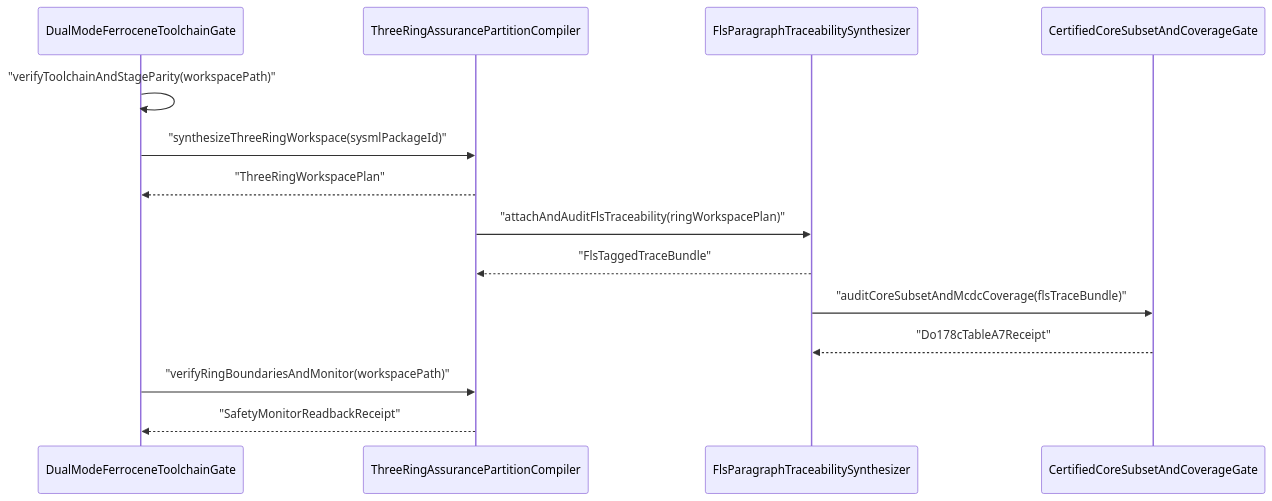
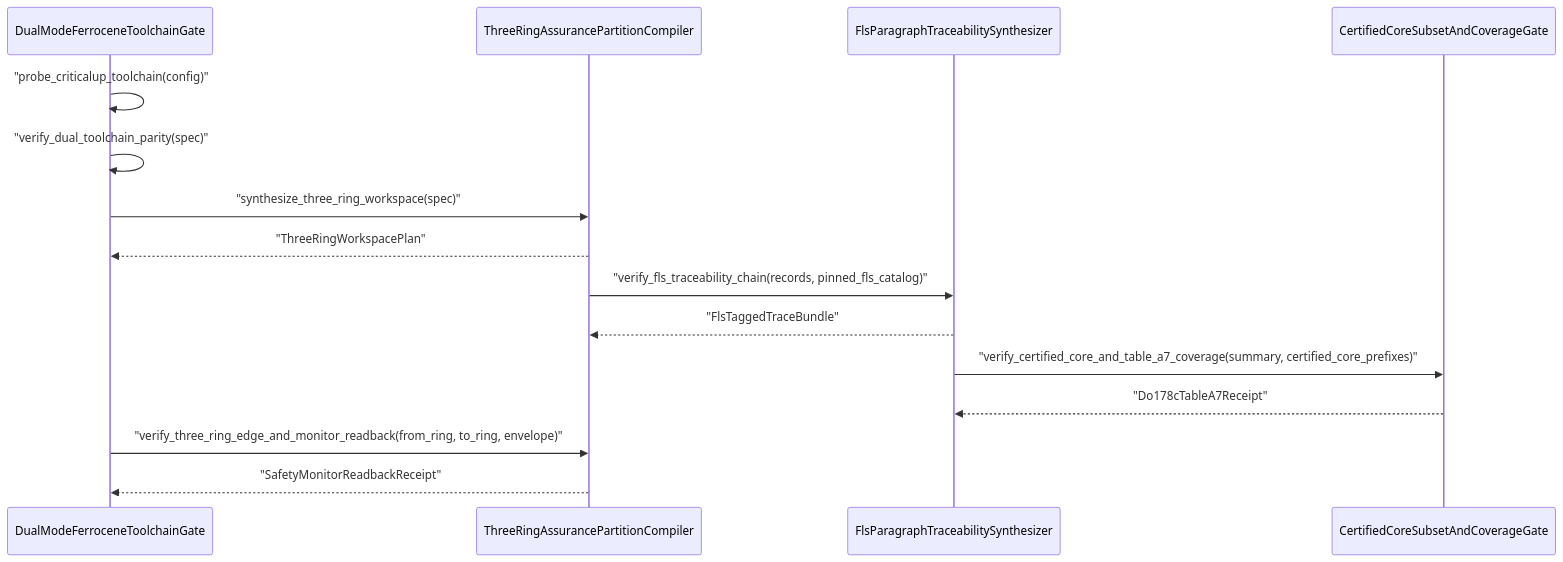
The fourth of 4 diagrams in docs/designs/blueprint-11-ferrocene-do178c-do330-3ring-certification-architecture.md (gintatkinson/DEAP01-spec-core), drawn with Mermaid before and after one commit. The commit also changed other lines of this file and 2 other files, not shown here.

Commit message:
docs(blueprints): refactor BP-11 onto multi-platform Ferrocene 3-Ring certification architecture

````diff
--- a/docs/designs/blueprint-11-ferrocene-do178c-do330-3ring-certification-architecture.md
+++ b/docs/designs/blueprint-11-ferrocene-do178c-do330-3ring-certification-architecture.md
@@ -165,17 +170,18 @@
 ```mermaid
 sequenceDiagram
     participant DualModeFerroceneToolchainGate
     participant ThreeRingAssurancePartitionCompiler
     participant FlsParagraphTraceabilitySynthesizer
     participant CertifiedCoreSubsetAndCoverageGate
 
-    DualModeFerroceneToolchainGate->>DualModeFerroceneToolchainGate: "verifyToolchainAndStageParity(workspacePath)"
-    DualModeFerroceneToolchainGate->>ThreeRingAssurancePartitionCompiler: "synthesizeThreeRingWorkspace(sysmlPackageId)"
+    DualModeFerroceneToolchainGate->>DualModeFerroceneToolchainGate: "probe_criticalup_toolchain(config)"
+    DualModeFerroceneToolchainGate->>DualModeFerroceneToolchainGate: "verify_dual_toolchain_parity(spec)"
+    DualModeFerroceneToolchainGate->>ThreeRingAssurancePartitionCompiler: "synthesize_three_ring_workspace(spec)"
     ThreeRingAssurancePartitionCompiler-->>DualModeFerroceneToolchainGate: "ThreeRingWorkspacePlan"
-    ThreeRingAssurancePartitionCompiler->>FlsParagraphTraceabilitySynthesizer: "attachAndAuditFlsTraceability(ringWorkspacePlan)"
+    ThreeRingAssurancePartitionCompiler->>FlsParagraphTraceabilitySynthesizer: "verify_fls_traceability_chain(records, pinned_fls_catalog)"
     FlsParagraphTraceabilitySynthesizer-->>ThreeRingAssurancePartitionCompiler: "FlsTaggedTraceBundle"
-    FlsParagraphTraceabilitySynthesizer->>CertifiedCoreSubsetAndCoverageGate: "auditCoreSubsetAndMcdcCoverage(flsTraceBundle)"
+    FlsParagraphTraceabilitySynthesizer->>CertifiedCoreSubsetAndCoverageGate: "verify_certified_core_and_table_a7_coverage(summary, certified_core_prefixes)"
     CertifiedCoreSubsetAndCoverageGate-->>FlsParagraphTraceabilitySynthesizer: "Do178cTableA7Receipt"
-    DualModeFerroceneToolchainGate->>ThreeRingAssurancePartitionCompiler: "verifyRingBoundariesAndMonitor(workspacePath)"
+    DualModeFerroceneToolchainGate->>ThreeRingAssurancePartitionCompiler: "verify_three_ring_edge_and_monitor_readback(from_ring, to_ring, envelope)"
     ThreeRingAssurancePartitionCompiler-->>DualModeFerroceneToolchainGate: "SafetyMonitorReadbackReceipt"
 ```
````
